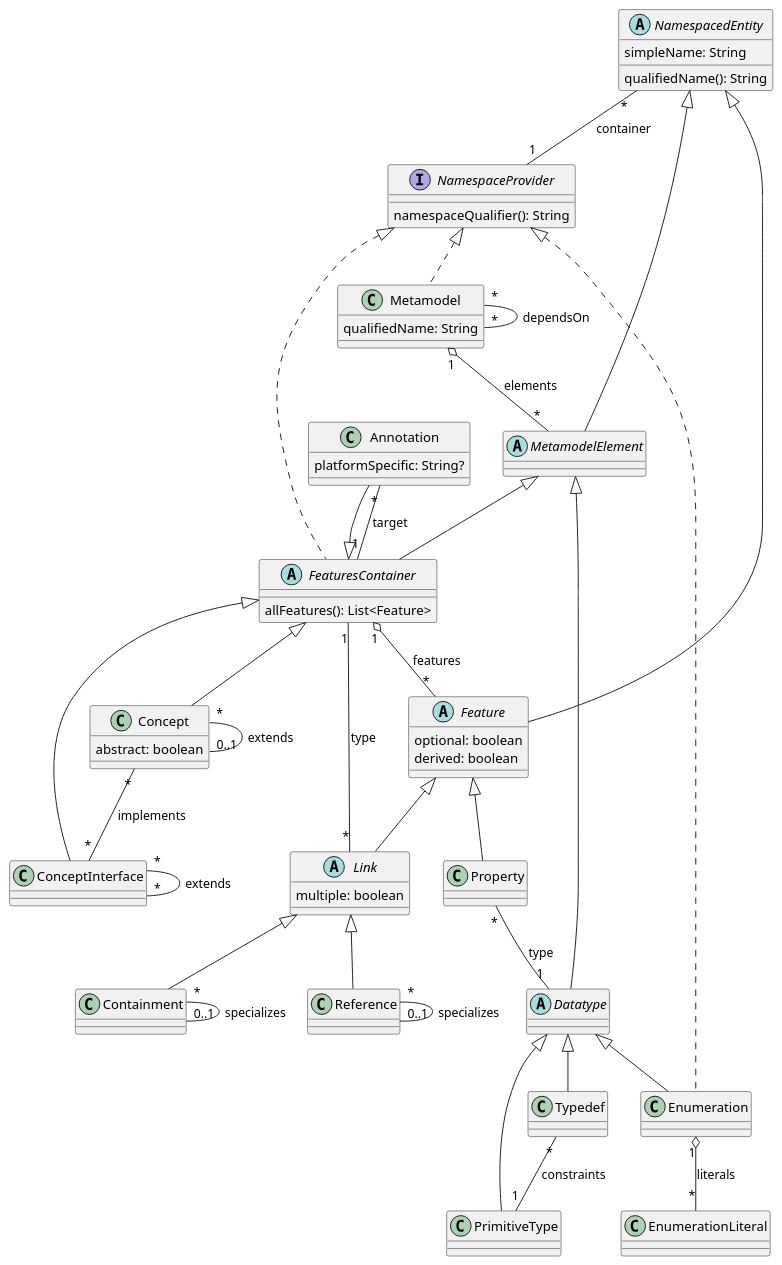
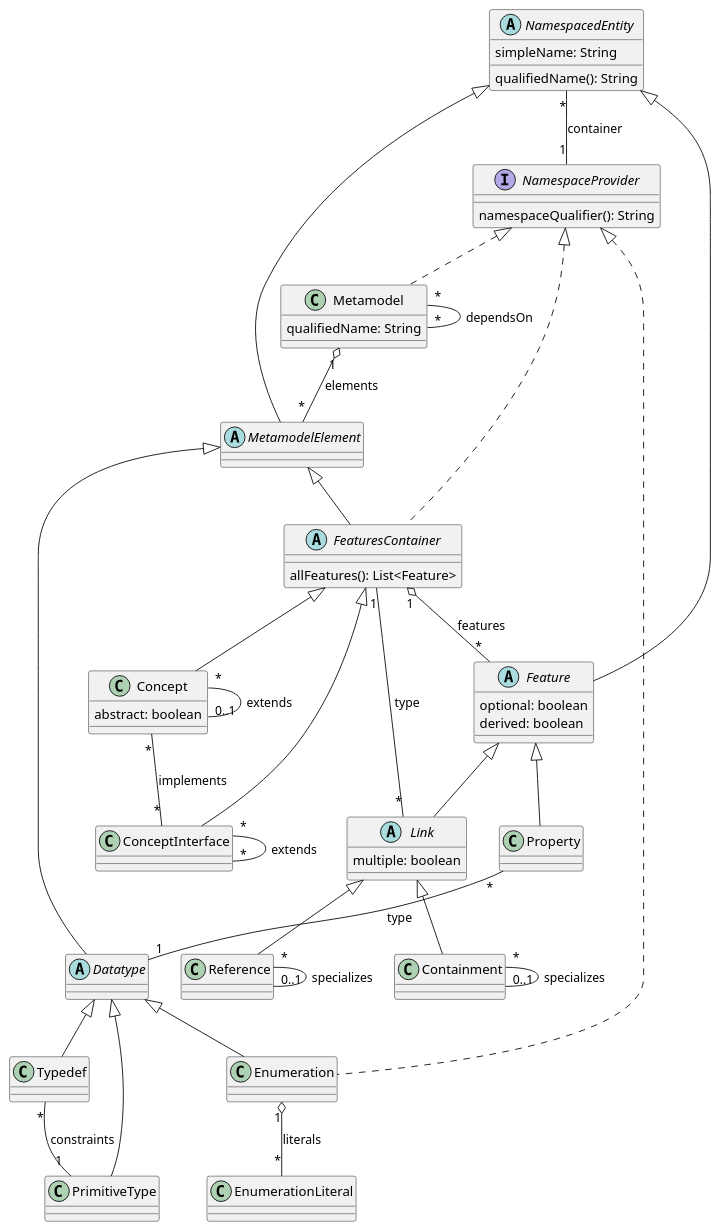
Before and after one commit to LionWeb-io/lionweb-typescript: the diagram in diagrams/metametamodel-gen.puml, drawn with PlantUML. The commit also changed 5 other files, not shown here.

```diff
--- a/diagrams/metametamodel-gen.puml
+++ b/diagrams/metametamodel-gen.puml
@@ -1,93 +1,87 @@
 @startuml
 
 ' qualified name: "lioncore"
 
-
-class Annotation extends FeaturesContainer {
-  platformSpecific: String?
-}
 
 class Concept extends FeaturesContainer {
   abstract: boolean
 }
 
 class ConceptInterface extends FeaturesContainer
 
 class Containment extends Link
 
 abstract class Datatype extends MetamodelElement
 
 class Enumeration extends Datatype implements NamespaceProvider
 
 abstract class Feature extends NamespacedEntity {
   optional: boolean
   derived: boolean
 }
 
 abstract class FeaturesContainer extends MetamodelElement implements NamespaceProvider {
   allFeatures(): List<Feature>
 }
 
 abstract class Link extends Feature {
   multiple: boolean
 }
 
 class Metamodel implements NamespaceProvider {
   qualifiedName: String
 }
 
 abstract class MetamodelElement extends NamespacedEntity
 
 interface NamespaceProvider {
   namespaceQualifier(): String
 }
 
 abstract class NamespacedEntity {
   simpleName: String
   qualifiedName(): String
 }
 
 class PrimitiveType extends Datatype
 
 class Property extends Feature
 
 class Reference extends Link
 
 ' primitive type: "String"
 
 class Typedef extends Datatype
 
 ' primitive type: "boolean"
 
 
 
 ' relations:
 
-Annotation "*" -- "1" FeaturesContainer: target
-
 Concept "*" -- "0..1" Concept: extends
 Concept "*" -- "*" ConceptInterface: implements
 
 ConceptInterface "*" -- "*" ConceptInterface: extends
 
 Containment "*" -- "0..1" Containment: specializes
 
 Enumeration "1" o-- "*" EnumerationLiteral: literals
 
 FeaturesContainer "1" o-- "*" Feature: features
 
 Link "*" -- "1" FeaturesContainer: type
 
 Metamodel "1" o-- "*" MetamodelElement: elements
 Metamodel "*" -- "*" Metamodel: dependsOn
 
 NamespacedEntity "*" -- "1" NamespaceProvider: container
 
 Property "*" -- "1" Datatype: type
 
 Reference "*" -- "0..1" Reference: specializes
 
 Typedef "*" -- "1" PrimitiveType: constraints
 
 
 @enduml
```
